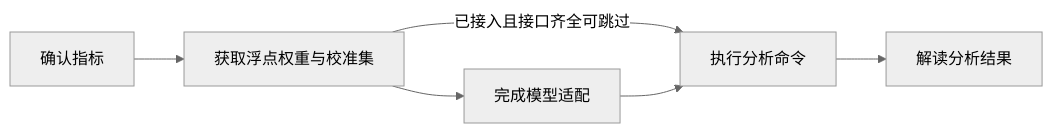
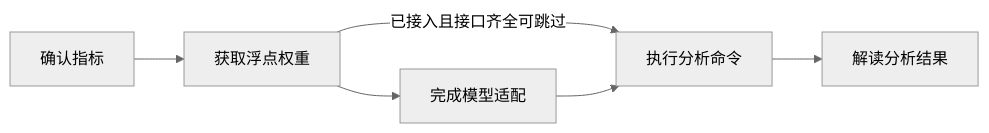
Before and after one commit to mindstudio-docs/master: the diagram in msmodelslim/docs/zh/user_guide/usage_sensitive_attn_head_analysis.md, drawn with Mermaid (neutral theme). The commit also changed other lines of this file and 113 other files, not shown here.

````diff
--- a/msmodelslim/docs/zh/user_guide/usage_sensitive_attn_head_analysis.md
+++ b/msmodelslim/docs/zh/user_guide/usage_sensitive_attn_head_analysis.md
@@ -48,8 +50,8 @@
 ```mermaid
 flowchart LR
-  scene[确认指标] --> prepare[获取浮点权重与校准集]
+  scene[确认指标] --> prepare[获取浮点权重]
   prepare --> adapt[完成模型适配]
   prepare -->|已接入且接口齐全可跳过| run[执行分析命令]
   adapt --> run
   run --> result[解读分析结果]
 ```
````
